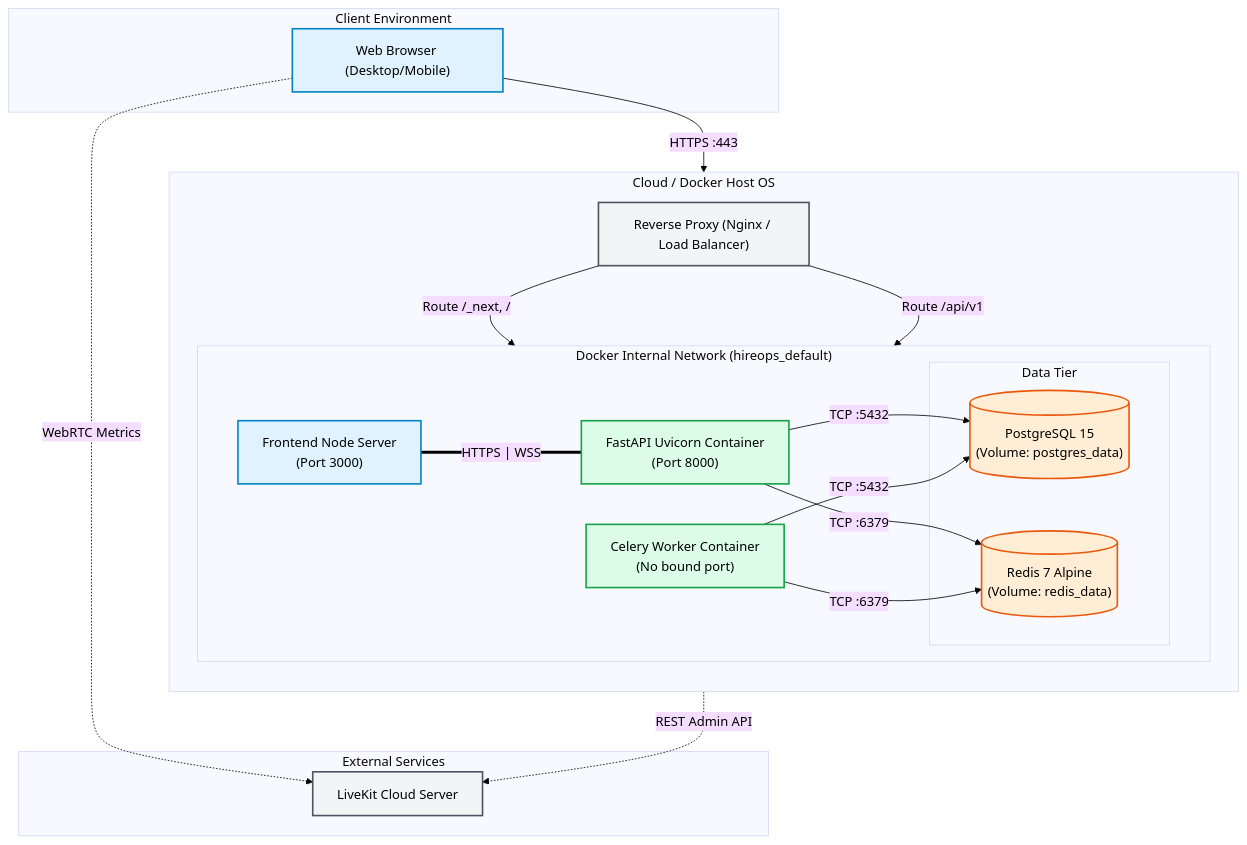
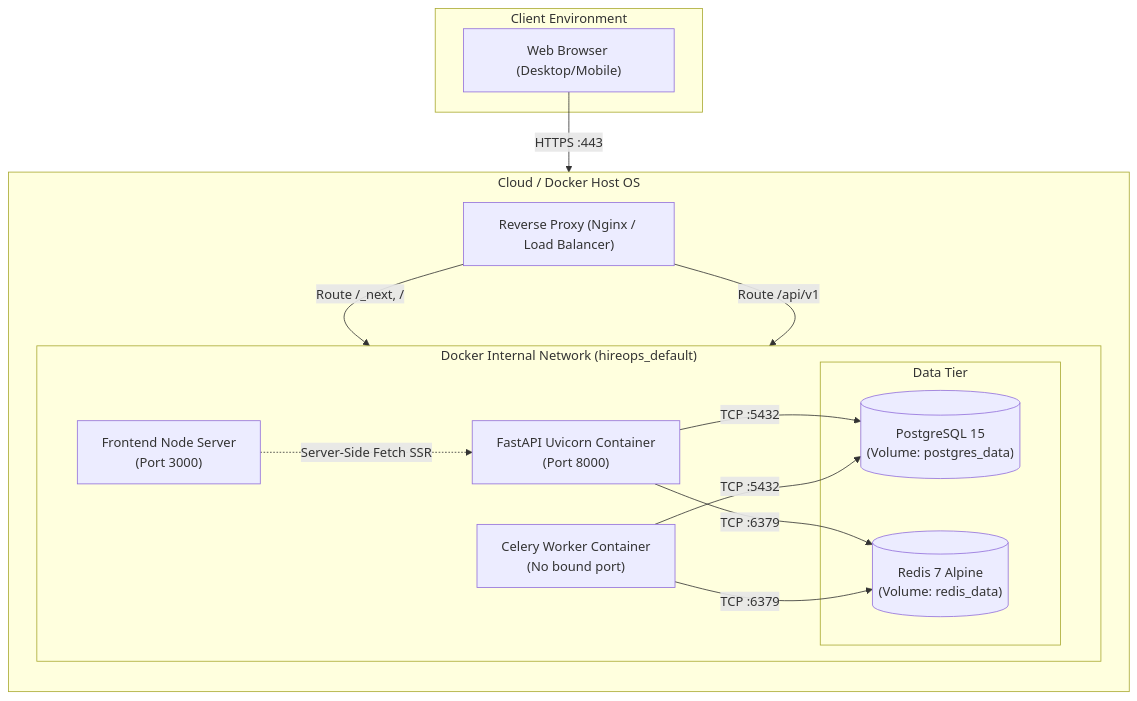
One commit to itapurba0/interview changed the fifth of 5 diagrams in hireops/ARCHITECTURE.md. Above: the diagram before and after it, drawn with Mermaid. The commit also changed other lines of this file, not shown here.

````diff
--- a/hireops/ARCHITECTURE.md
+++ b/hireops/ARCHITECTURE.md
@@ -236,49 +194,36 @@
 ```mermaid
-%%{init: {'theme': 'base', 'themeVariables': { 'background': '#ffffff', 'primaryTextColor': '#000000', 'lineColor': '#000000' }}}%%
 flowchart TD
-    classDef presentation fill:#e0f2fe,stroke:#0284c7,color:#000000,stroke-width:2px;
-    classDef logic fill:#dcfce7,stroke:#16a34a,color:#000000,stroke-width:2px;
-    classDef data fill:#ffedd5,stroke:#ea580c,color:#000000,stroke-width:2px;
-    classDef external fill:#f3f4f6,stroke:#4b5563,color:#000000,stroke-width:2px;
-
     subgraph Client_Environment["Client Environment"]
-        Browser["Web Browser (Desktop/Mobile)"]:::presentation
-    end
-
-    subgraph External_Services["External Services"]
-        LiveKit["LiveKit Cloud Server"]:::external
+        Browser["Web Browser (Desktop/Mobile)"]
     end
 
     subgraph Host_Environment["Cloud / Docker Host OS"]
         direction TB
-        Proxy["Reverse Proxy (Nginx / Load Balancer)"]:::external
+        Proxy["Reverse Proxy (Nginx / Load Balancer)"]
 
         subgraph Docker_Network["Docker Internal Network (hireops_default)"]
             direction LR
-            FE["Frontend Node Server<br>(Port 3000)"]:::presentation
+            FE["Frontend Node Server<br>(Port 3000)"]
             
-            API["FastAPI Uvicorn Container<br>(Port 8000)"]:::logic
+            API["FastAPI Uvicorn Container<br>(Port 8000)"]
             
-            Worker["Celery Worker Container<br>(No bound port)"]:::logic
+            Worker["Celery Worker Container<br>(No bound port)"]
             
             subgraph Data_Stores["Data Tier"]
-                DB[("PostgreSQL 15<br>(Volume: postgres_data)")]:::data
-                Cache[("Redis 7 Alpine<br>(Volume: redis_data)")]:::data
+                DB[("PostgreSQL 15<br>(Volume: postgres_data)")]
+                Cache[("Redis 7 Alpine<br>(Volume: redis_data)")]
             end
         end
     end
 
     Browser -->|HTTPS :443| Proxy
-    Browser -.->|WebRTC Metrics| LiveKit
-    
     Proxy -->|Route /_next, /| FE
     Proxy -->|Route /api/v1| API
     
-    FE == " HTTPS | WSS " === API
+    FE -.->|Server-Side Fetch SSR| API
     API -->|TCP :5432| DB
     Worker -->|TCP :5432| DB
     
     API -->|TCP :6379| Cache
     Worker -->|TCP :6379| Cache
-    API -.->|REST Admin API| LiveKit
 ```
````
